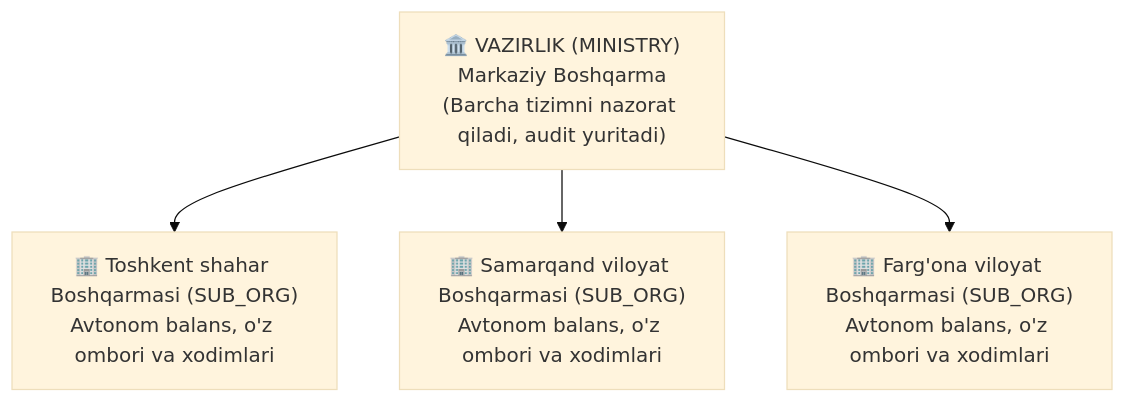
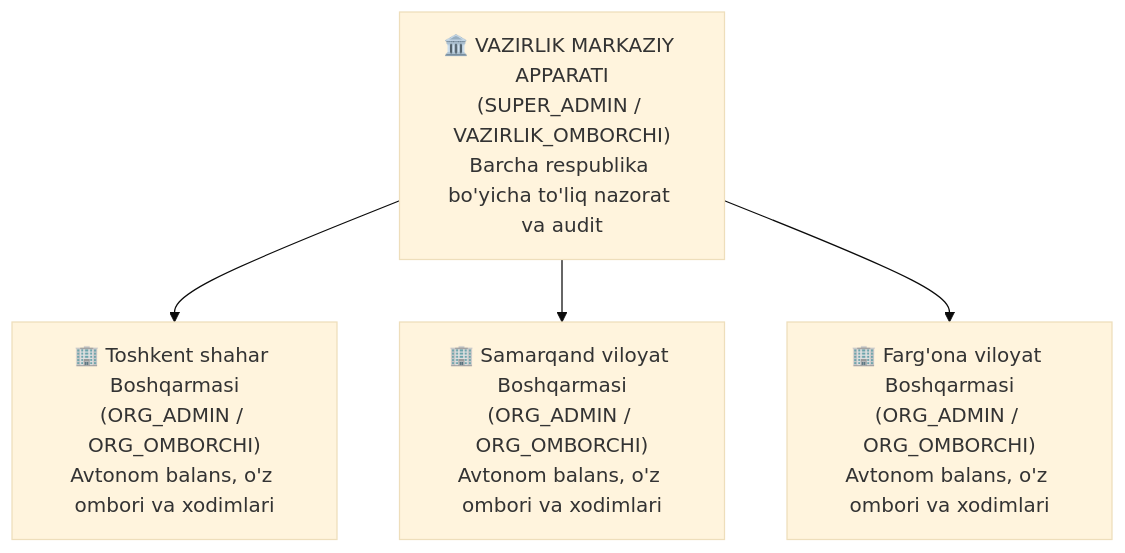
One commit to ahmadillohasanov099-max/wms-platform changed the first of 2 diagrams in README.md. Above: the diagram before and after it, drawn with Mermaid (base theme). The commit also changed other lines of this file and 47 other files, not shown here.

````diff
--- a/README.md
+++ b/README.md
@@ -44,12 +145,8 @@
 ```mermaid
 flowchart TD
-    MINISTRY["🏛️ VAZIRLIK (MINISTRY)<br/>Markaziy Boshqarma<br/>(Barcha tizimni nazorat qiladi, audit yuritadi)"]
+    SUPER["🏛️ VAZIRLIK MARKAZIY APPARATI<br/>(SUPER_ADMIN / VAZIRLIK_OMBORCHI)<br/>Barcha respublika bo'yicha to'liq nazorat va audit"]
     
-    SUB1["🏢 Toshkent shahar Boshqarmasi (SUB_ORG)<br/>Avtonom balans, o'z ombori va xodimlari"]
-    SUB2["🏢 Samarqand viloyat Boshqarmasi (SUB_ORG)<br/>Avtonom balans, o'z ombori va xodimlari"]
-    SUB3["🏢 Farg'ona viloyat Boshqarmasi (SUB_ORG)<br/>Avtonom balans, o'z ombori va xodimlari"]
-
-    MINISTRY --> SUB1
-    MINISTRY --> SUB2
-    MINISTRY --> SUB3
+    SUPER --> ORG1["🏢 Toshkent shahar Boshqarmasi<br/>(ORG_ADMIN / ORG_OMBORCHI)<br/>Avtonom balans, o'z ombori va xodimlari"]
+    SUPER --> ORG2["🏢 Samarqand viloyat Boshqarmasi<br/>(ORG_ADMIN / ORG_OMBORCHI)<br/>Avtonom balans, o'z ombori va xodimlari"]
+    SUPER --> ORG3["🏢 Farg'ona viloyat Boshqarmasi<br/>(ORG_ADMIN / ORG_OMBORCHI)<br/>Avtonom balans, o'z ombori va xodimlari"]
 ```
````
